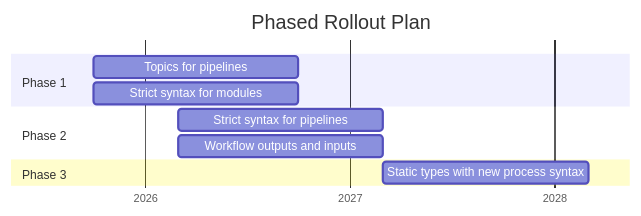
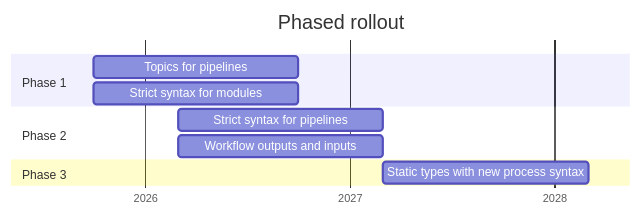
Before and after one commit to nf-core/website: the second of 2 diagrams in sites/main-site/src/content/blog/2025/retreat-2025.mdx, drawn with Mermaid.

Commit message:
Shrink text

````diff
--- a/sites/main-site/src/content/blog/2025/retreat-2025.mdx
+++ b/sites/main-site/src/content/blog/2025/retreat-2025.mdx
@@ -103,19 +103,19 @@
 ```mermaid
 %%{init: {'themeVariables': {'fontSize':'10px'}, 'gantt': {'useWidth':600, 'topAxis': false}}}%%
 gantt
-    title Phased Rollout Plan
+    title Phased rollout
     dateFormat YYYY-MM
     tickInterval 12month
     axisFormat %Y
 
     section Phase 1
     Topics for pipelines        :2025-10, 12M
     Strict syntax for modules   :2025-10, 12M
 
     section Phase 2
     Strict syntax for pipelines :2026-03, 12M
     Workflow outputs and inputs :2026-03, 12M
 
     section Phase 3
     Static types with new process syntax :2027-03, 12M
 ```
````
